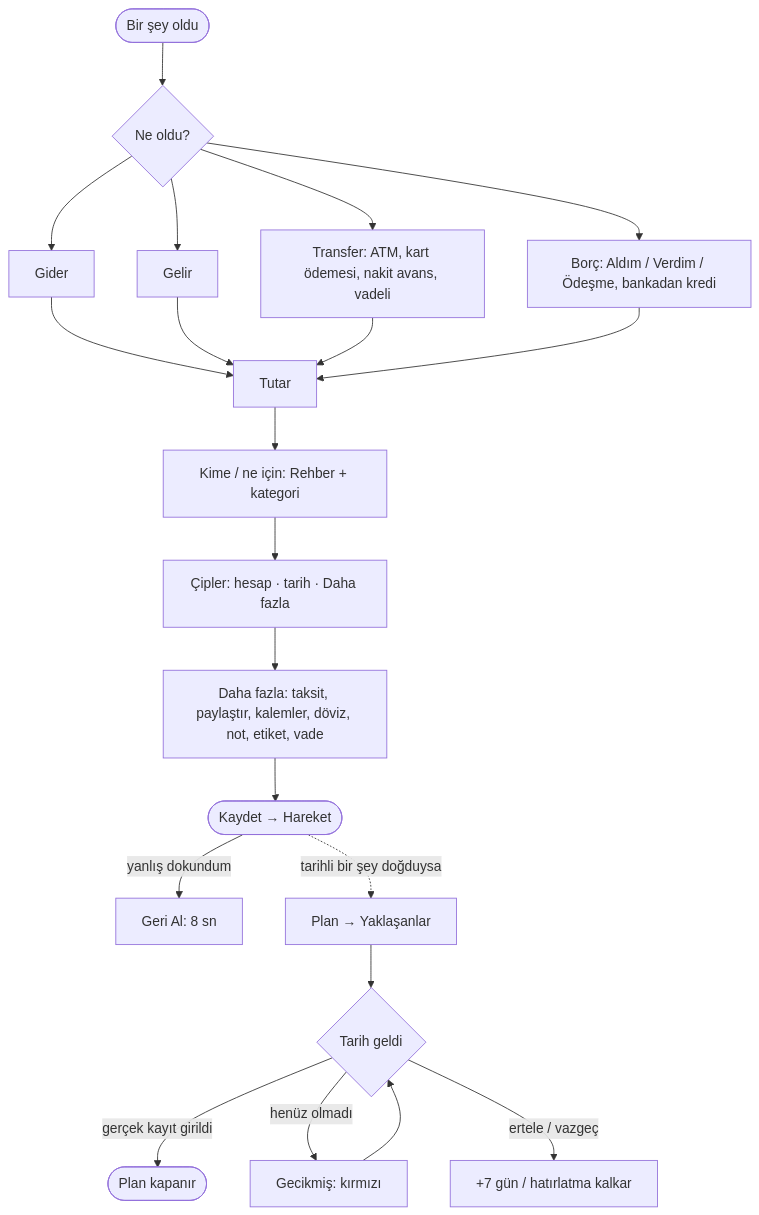
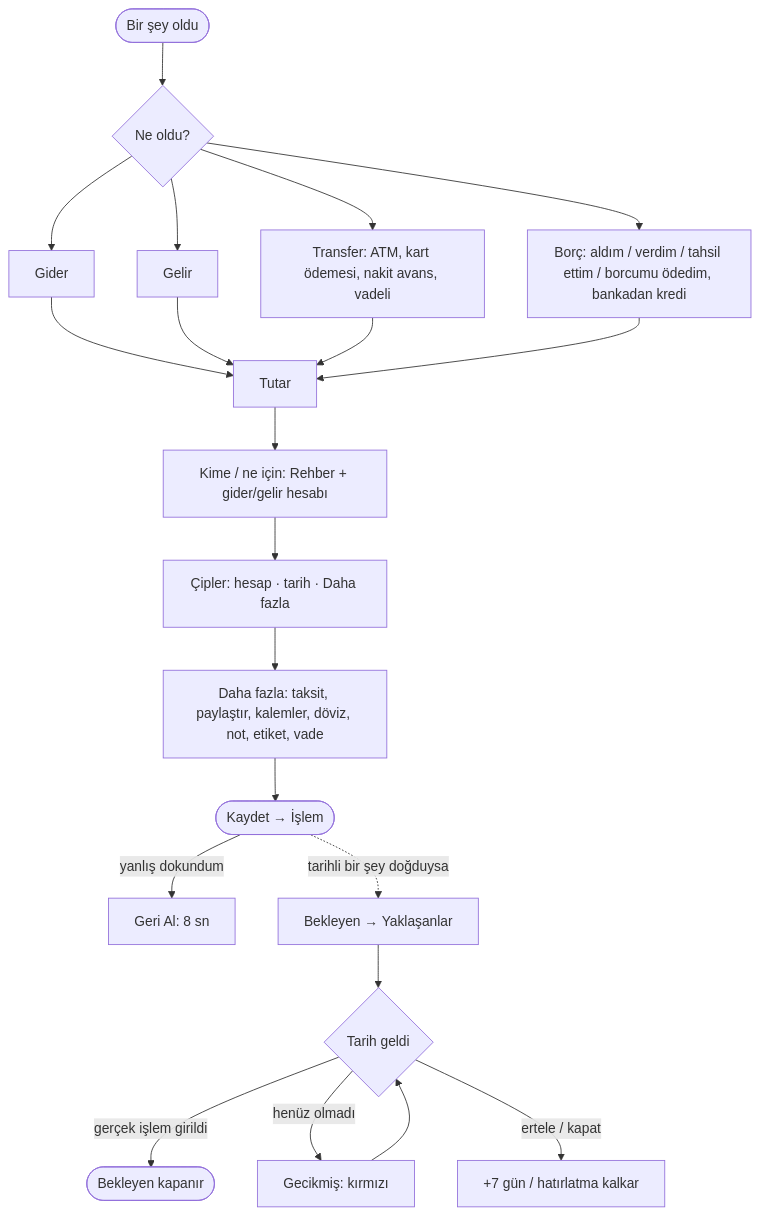
Before and after one commit to akderelianil/aa-finance: the diagram in docs/ux/harita.md, drawn with Mermaid. The commit also changed other lines of this file and 18 other files, not shown here.

````diff
--- a/docs/ux/harita.md
+++ b/docs/ux/harita.md
@@ -31,20 +31,20 @@
 ```mermaid
 flowchart TD
   O([Bir şey oldu]) --> N{Ne oldu?}
   N --> I1[Gider]
   N --> I2[Gelir]
   N --> I3[Transfer: ATM, kart ödemesi, nakit avans, vadeli]
-  N --> I4[Borç: Aldım / Verdim / Ödeşme, bankadan kredi]
+  N --> I4[Borç: aldım / verdim / tahsil ettim / borcumu ödedim, bankadan kredi]
   I1 & I2 & I3 & I4 --> T[Tutar]
-  T --> K[Kime / ne için: Rehber + kategori]
+  T --> K[Kime / ne için: Rehber + gider/gelir hesabı]
   K --> Y[Çipler: hesap · tarih · Daha fazla]
   Y --> S[Daha fazla: taksit, paylaştır, kalemler, döviz, not, etiket, vade]
-  S --> H([Kaydet → Hareket])
+  S --> H([Kaydet → İşlem])
   H -- yanlış dokundum --> GA[Geri Al: 8 sn]
-  H -. tarihli bir şey doğduysa .-> P[Plan → Yaklaşanlar]
+  H -. tarihli bir şey doğduysa .-> P[Bekleyen → Yaklaşanlar]
   P --> D{Tarih geldi}
-  D -- gerçek kayıt girildi --> PK([Plan kapanır])
+  D -- gerçek işlem girildi --> PK([Bekleyen kapanır])
   D -- henüz olmadı --> PG[Gecikmiş: kırmızı]
-  D -- ertele / vazgeç --> PE[+7 gün / hatırlatma kalkar]
+  D -- ertele / kapat --> PE[+7 gün / hatırlatma kalkar]
   PG --> D
 ```
````
